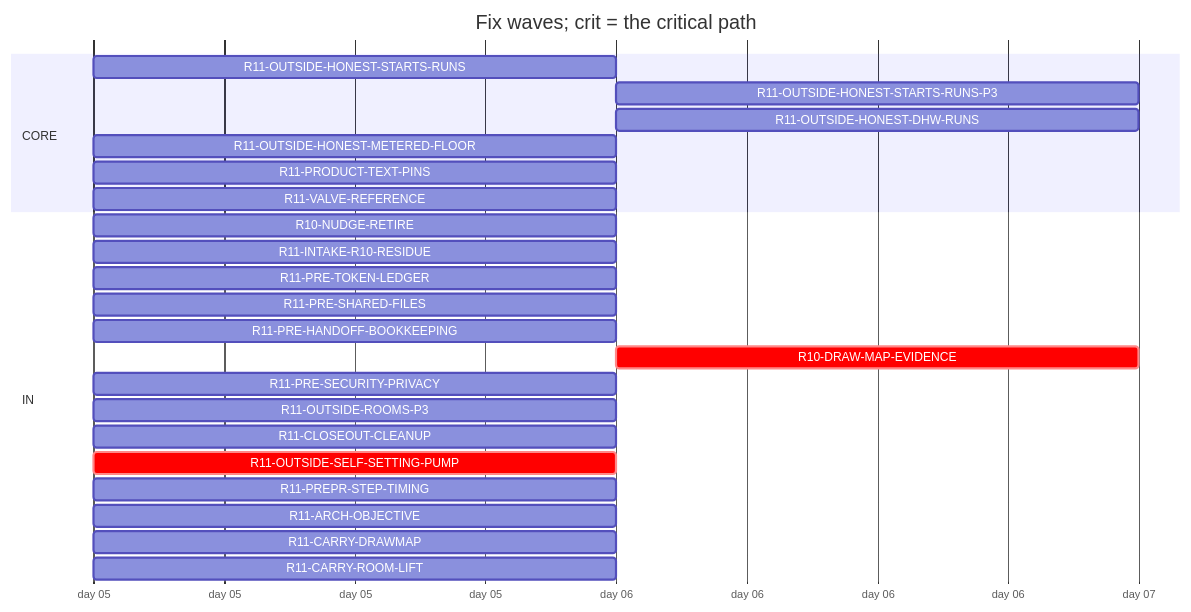
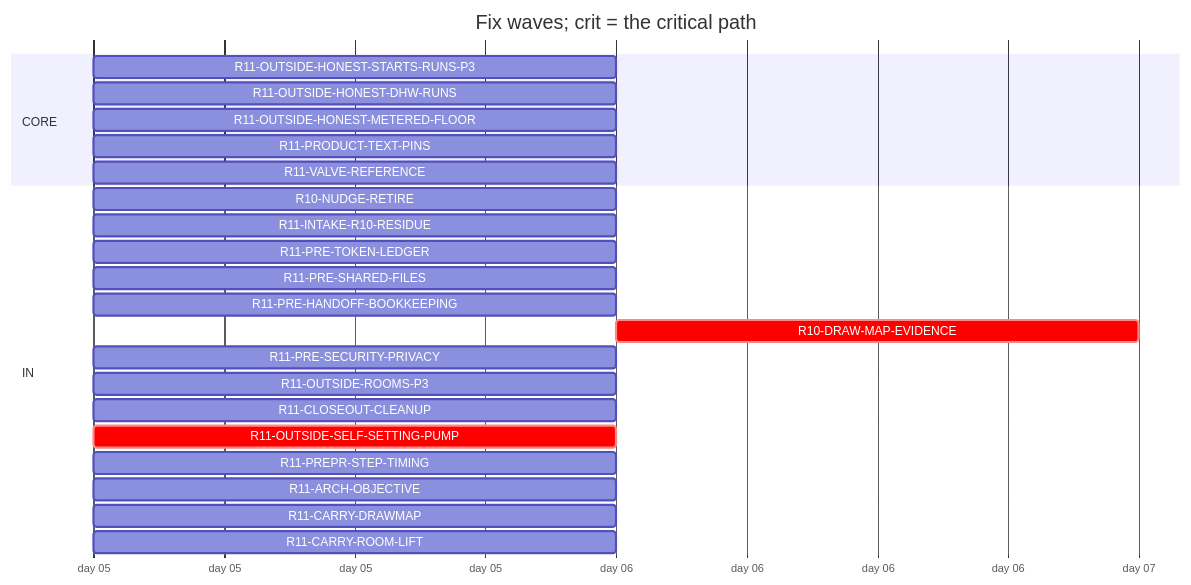
Before and after one commit to tvofi/heatpump_optimizer: the diagram in handoff/round11/state/PLAN-TABLE.md, drawn with Mermaid. The commit also changed other lines of this file and 4 other files, not shown here.

Commit message:
state: FLOW-BOARD.md, NEXT-SESSION-PROMPT.md, PLAN-TABLE.md, PLAN.html, RESUME-CURRENT.md regenerated (state_docs.py)

````diff
--- a/handoff/round11/state/PLAN-TABLE.md
+++ b/handoff/round11/state/PLAN-TABLE.md
@@ -15,28 +15,27 @@
 ```mermaid
 gantt
   title Fix waves; crit = the critical path
   dateFormat YYYY-MM-DD
   axisFormat day %d
   section CORE
-    R11-OUTSIDE-HONEST-STARTS-RUNS :r11OUTSIDEHONESTSTARTSRUNS, 2026-01-05, 1d
-    R11-OUTSIDE-HONEST-STARTS-RUNS-P3 :r11OUTSIDEHONESTSTARTSRUNSP3, after r11OUTSIDEHONESTSTARTSRUNS, 1d
-    R11-OUTSIDE-HONEST-DHW-RUNS :r11OUTSIDEHONESTDHWRUNS, after r11OUTSIDEHONESTSTARTSRUNS, 1d
+    R11-OUTSIDE-HONEST-STARTS-RUNS-P3 :r11OUTSIDEHONESTSTARTSRUNSP3, 2026-01-05, 1d
+    R11-OUTSIDE-HONEST-DHW-RUNS :r11OUTSIDEHONESTDHWRUNS, 2026-01-05, 1d
     R11-OUTSIDE-HONEST-METERED-FLOOR :r11OUTSIDEHONESTMETEREDFLOOR, 2026-01-05, 1d
     R11-PRODUCT-TEXT-PINS :r11PRODUCTTEXTPINS, 2026-01-05, 1d
     R11-VALVE-REFERENCE :r11VALVEREFERENCE, 2026-01-05, 1d
   section IN
     R10-NUDGE-RETIRE :r10NUDGERETIRE, 2026-01-05, 1d
     R11-INTAKE-R10-RESIDUE :r11INTAKER10RESIDUE, 2026-01-05, 1d
     R11-PRE-TOKEN-LEDGER :r11PRETOKENLEDGER, 2026-01-05, 1d
     R11-PRE-SHARED-FILES :r11PRESHAREDFILES, 2026-01-05, 1d
     R11-PRE-HANDOFF-BOOKKEEPING :r11PREHANDOFFBOOKKEEPING, 2026-01-05, 1d
     R10-DRAW-MAP-EVIDENCE :crit, r10DRAWMAPEVIDENCE, after r11OUTSIDESELFSETTINGPUMP, 1d
     R11-PRE-SECURITY-PRIVACY :r11PRESECURITYPRIVACY, 2026-01-05, 1d
     R11-OUTSIDE-ROOMS-P3 :r11OUTSIDEROOMSP3, 2026-01-05, 1d
     R11-CLOSEOUT-CLEANUP :r11CLOSEOUTCLEANUP, 2026-01-05, 1d
     R11-OUTSIDE-SELF-SETTING-PUMP :crit, r11OUTSIDESELFSETTINGPUMP, 2026-01-05, 1d
     R11-PREPR-STEP-TIMING :r11PREPRSTEPTIMING, 2026-01-05, 1d
     R11-ARCH-OBJECTIVE :r11ARCHOBJECTIVE, 2026-01-05, 1d
     R11-CARRY-DRAWMAP :r11CARRYDRAWMAP, 2026-01-05, 1d
     R11-CARRY-ROOM-LIFT :r11CARRYROOMLIFT, 2026-01-05, 1d
 ```
````
